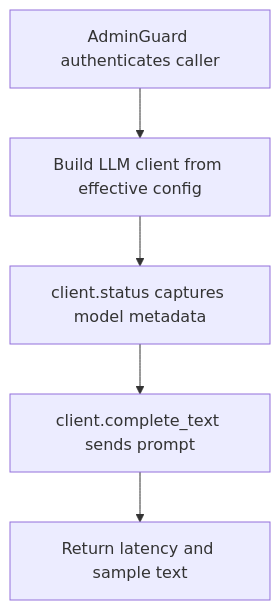
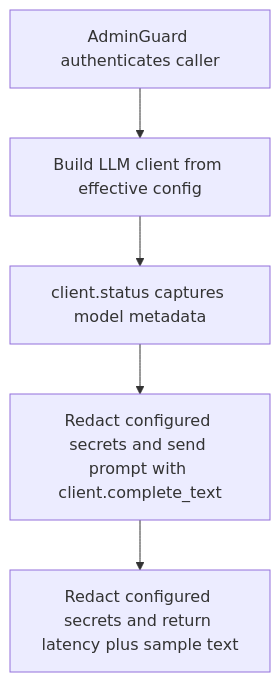
One commit to dickwu/nowledge changed the diagram in doc/api/post_v1_llm_test.md. Above: the diagram before and after it, drawn with Mermaid. The commit also changed other lines of this file and 46 other files, not shown here.

````diff
--- a/doc/api/post_v1_llm_test.md
+++ b/doc/api/post_v1_llm_test.md
@@ -41,12 +43,12 @@
 ```mermaid
 flowchart TD
   n0["AdminGuard authenticates caller"]
   n1["Build LLM client from effective config"]
   n2["client.status captures model metadata"]
-  n3["client.complete_text sends prompt"]
-  n4["Return latency and sample text"]
+  n3["Redact configured secrets and send prompt with client.complete_text"]
+  n4["Redact configured secrets and return latency plus sample text"]
   n0 --> n1
   n1 --> n2
   n2 --> n3
   n3 --> n4
 ```
````
